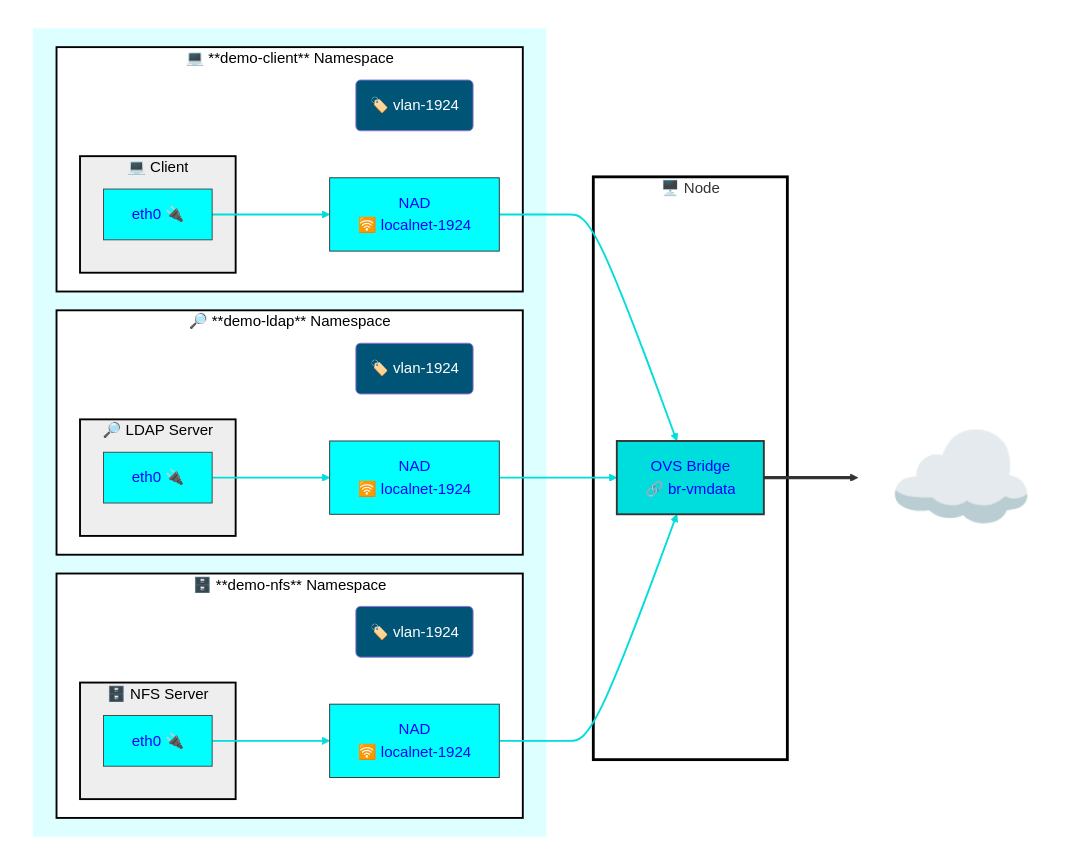
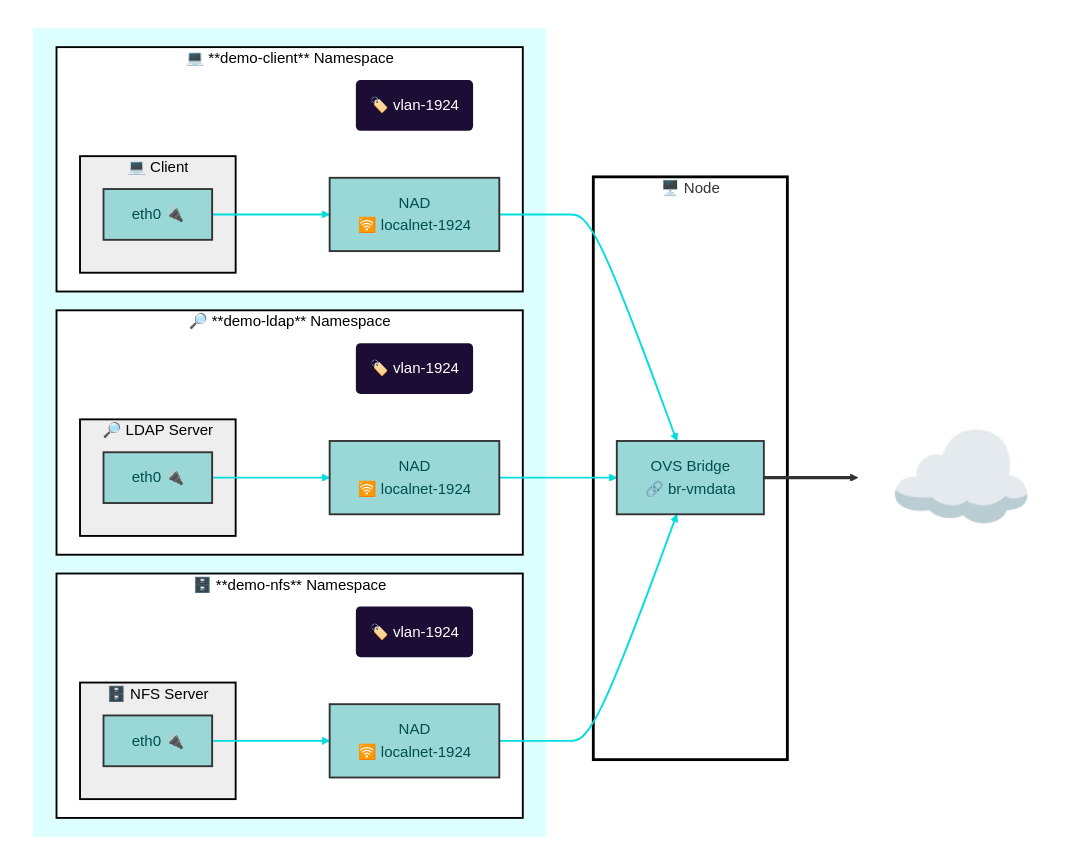
One commit to dlbewley/demo-rhone-26 changed the sixth of 7 diagrams in README.md. Above: the diagram before and after it, drawn with Mermaid. The commit also changed other lines of this file, not shown here.

````diff
--- a/README.md
+++ b/README.md
@@ -309,79 +309,76 @@
 ```mermaid
 graph LR;
     subgraph Cluster[" "]
 
       subgraph Project[" "]
         subgraph ns-nfs["🗄️ **demo-nfs** Namespace"]
           label-nfs("🏷️ vlan-1924")
           nad-1924-nfs[NAD<br> 🛜 localnet-1924]
           subgraph vm-nfs["🗄️ NFS Server"]
               nfs-eth0[eth0 🔌]
           end
         end
 
         subgraph ns-ldap["🔎 **demo-ldap** Namespace"]
           label-ldap("🏷️ vlan-1924")
           nad-1924-ldap[NAD<br> 🛜 localnet-1924]
           subgraph vm-ldap["🔎 LDAP Server"]
               ldap-eth0[eth0 🔌]
           end
         end
 
         subgraph ns-client["💻 **demo-client** Namespace"]
           label-client("🏷️ vlan-1924")
           nad-1924-client[NAD<br> 🛜 localnet-1924]
           subgraph vm-client["💻 Client"]
               client-eth0[eth0 🔌]
           end
         end
 
       end
 
       subgraph node1["🖥️ Node "]
         br-vmdata[ OVS Bridge<br> 🔗 br-vmdata]:::vlan-1924;
       end
     end
 
     nfs-eth0    ---> nad-1924-nfs
     ldap-eth0   ---> nad-1924-ldap
     client-eth0 ---> nad-1924-client
 
 
     nad-1924-client --> br-vmdata
     nad-1924-ldap --> br-vmdata
     nad-1924-nfs --> br-vmdata
 
 
     linkStyle 0,1,2,3,4,5 stroke:#00dddd,stroke-width:2px;
 
     Internet["☁️ "]:::Internet
     br-vmdata ==> Internet
 
-
-    classDef node-eth fill:#00dddd,color:#00f,stroke:#333,stroke-width:2px;
-    class node1-eth0 node-eth;
-
     classDef vm-eth fill:#00ffff,color:#00f,stroke:#444,stroke-width:1px;
     class client-eth0,ldap-eth0,nfs-eth0 vm-eth;
 
-    classDef vlan-1924 fill:#00dddd,color:#00f,stroke:#333,stroke-width:2px;
+    classDef bond1 fill:#9ad8d8,color:#004d4d,stroke:#333,stroke-width:2px
+    class nad-1924-client,nad-1924-ldap,nad-1924-nfs,br-vmdata,physnet-vmdata bond1
+    class client-eth0,ldap-eth0,nfs-eth0 bond1
 
-    classDef labels stroke-width:1px,color:#fff,fill:#005577;
+    classDef labels stroke-width:0px,color:#fff,fill:#1B0D33;
     class label-client,label-ldap,label-nfs labels;
 
     style Cluster color:#000,fill:#fff,stroke:#333,stroke-width:0px;
     style Project color:#000,fill:#dff,stroke:#333,stroke-width:0px;
     style Internet fill:none,stroke-width:0px,font-size:+2em;
 
     classDef vm color:#000,fill:#eee,stroke:#000,stroke-width:2px
     class vm-client,vm-ldap,vm-nfs vm
 
     classDef nodes fill:#fff,stroke:#000,stroke-width:3px;
     class node1 nodes;
 
     classDef namespace color:#000,fill:#fff,stroke:#000,stroke-width:2px;
     class ns-nfs,ns-client,ns-ldap namespace;
 
     classDef nad-1924 fill:#00ffff,color:#00f,stroke:#333,stroke-width:1px;
-    class nad-1924-client,nad-1924-ldap,nad-1924-nfs nad-1924;
 ```
````
